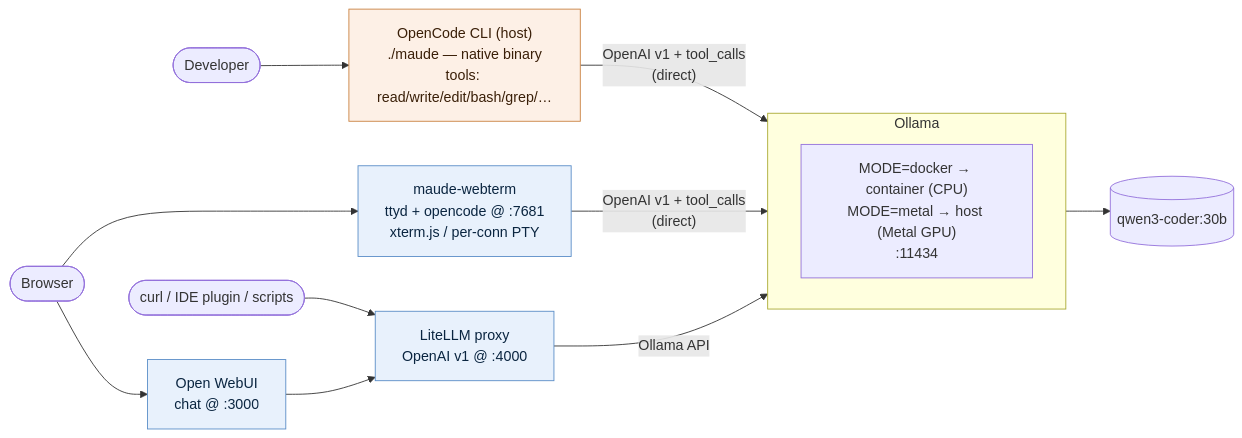
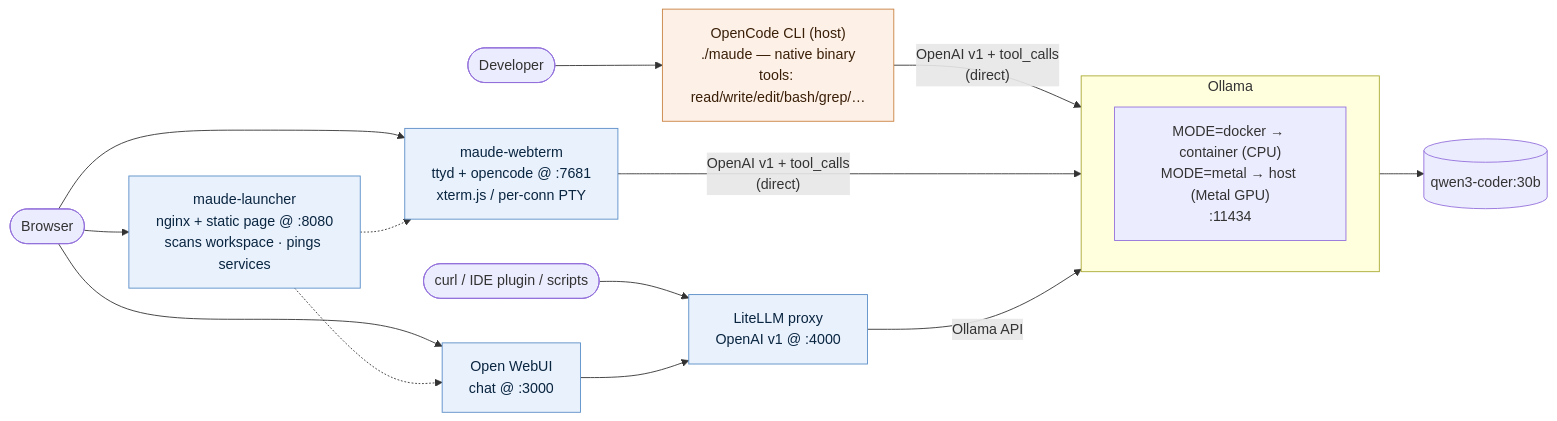
One commit to binRick/maude changed the diagram in README.md. Above: the diagram before and after it, drawn with Mermaid. The commit also changed other lines of this file and 5 other files, not shown here.

First line of the commit message:
Add unified launcher page at :8080

````diff
--- a/README.md
+++ b/README.md
@@ -156,28 +163,31 @@
 ```mermaid
 flowchart LR
     Dev([Developer])
     Browser([Browser])
     Other([curl / IDE plugin / scripts])
 
     Dev --> OC["OpenCode CLI (host)<br/>./maude — native binary<br/>tools: read/write/edit/bash/grep/…"]
+    Browser --> Launcher["maude-launcher<br/>nginx + static page @ :8080<br/>scans workspace · pings services"]
     Browser --> WebUI["Open WebUI<br/>chat @ :3000"]
     Browser --> WebTerm["maude-webterm<br/>ttyd + opencode @ :7681<br/>xterm.js / per-conn PTY"]
     Other --> LiteLLM["LiteLLM proxy<br/>OpenAI v1 @ :4000"]
+    Launcher -.-> WebUI
+    Launcher -.-> WebTerm
     WebUI --> LiteLLM
 
     OC -- "OpenAI v1 + tool_calls<br/>(direct)" --> Ollama
     WebTerm -- "OpenAI v1 + tool_calls<br/>(direct)" --> Ollama
     LiteLLM -- "Ollama API" --> Ollama
 
     subgraph backend["Ollama"]
         direction LR
         Ollama["MODE=docker → container (CPU)<br/>MODE=metal → host (Metal GPU)<br/>:11434"]
     end
 
     Ollama --> Model[("qwen3-coder:30b")]
 
     classDef host fill:#fdf0e6,stroke:#c98140,color:#3a1f08
     classDef container fill:#e8f1fc,stroke:#5a8dc7,color:#0a2540
     class OC host
-    class LiteLLM,WebUI,WebTerm container
+    class LiteLLM,WebUI,WebTerm,Launcher container
 ```
````
